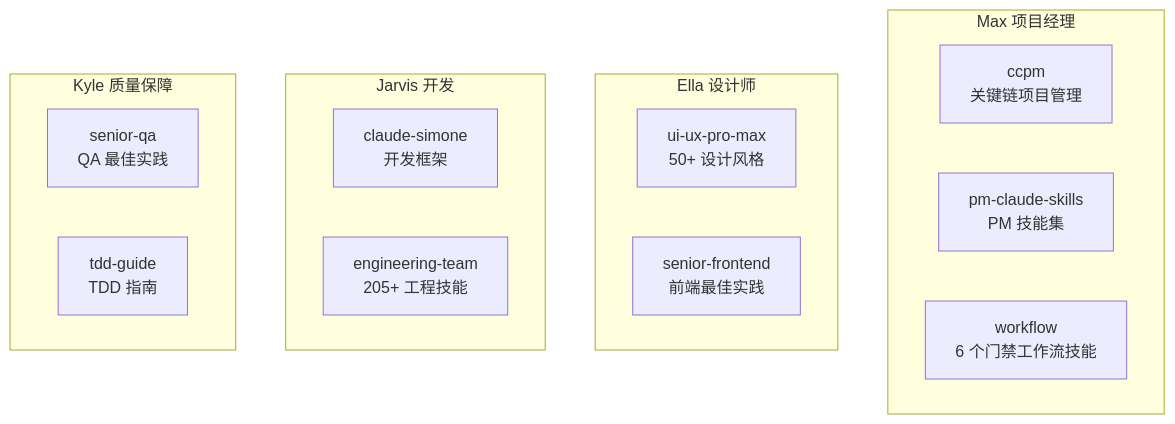
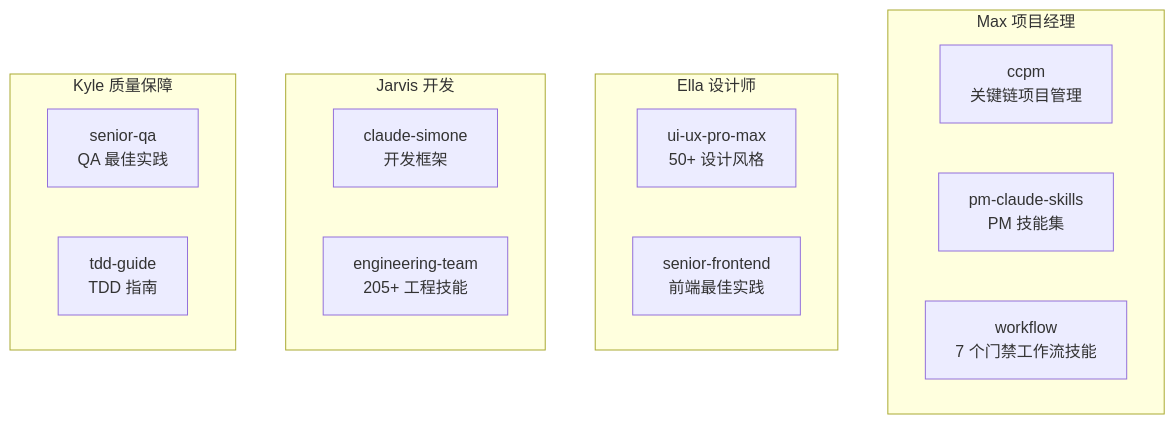
One commit to codeApe-7/ai-agent-workflowGroup changed the sixth of 6 diagrams in README.md. Above: the diagram before and after it, drawn with Mermaid. The commit also changed other lines of this file, not shown here.

````diff
--- a/README.md
+++ b/README.md
@@ -302,23 +493,23 @@
 ```mermaid
 flowchart TB
     subgraph MAX["Max 项目经理"]
         M1["ccpm\n关键链项目管理"]
         M2["pm-claude-skills\nPM 技能集"]
-        M3["workflow\n6 个门禁工作流技能"]
+        M3["workflow\n7 个门禁工作流技能"]
     end
 
     subgraph ELLA["Ella 设计师"]
         E1["ui-ux-pro-max\n50+ 设计风格"]
         E2["senior-frontend\n前端最佳实践"]
     end
 
     subgraph JARVIS["Jarvis 开发"]
         J1["claude-simone\n开发框架"]
         J2["engineering-team\n205+ 工程技能"]
     end
 
     subgraph KYLE["Kyle 质量保障"]
         K1["senior-qa\nQA 最佳实践"]
         K2["tdd-guide\nTDD 指南"]
     end
 ```
````
